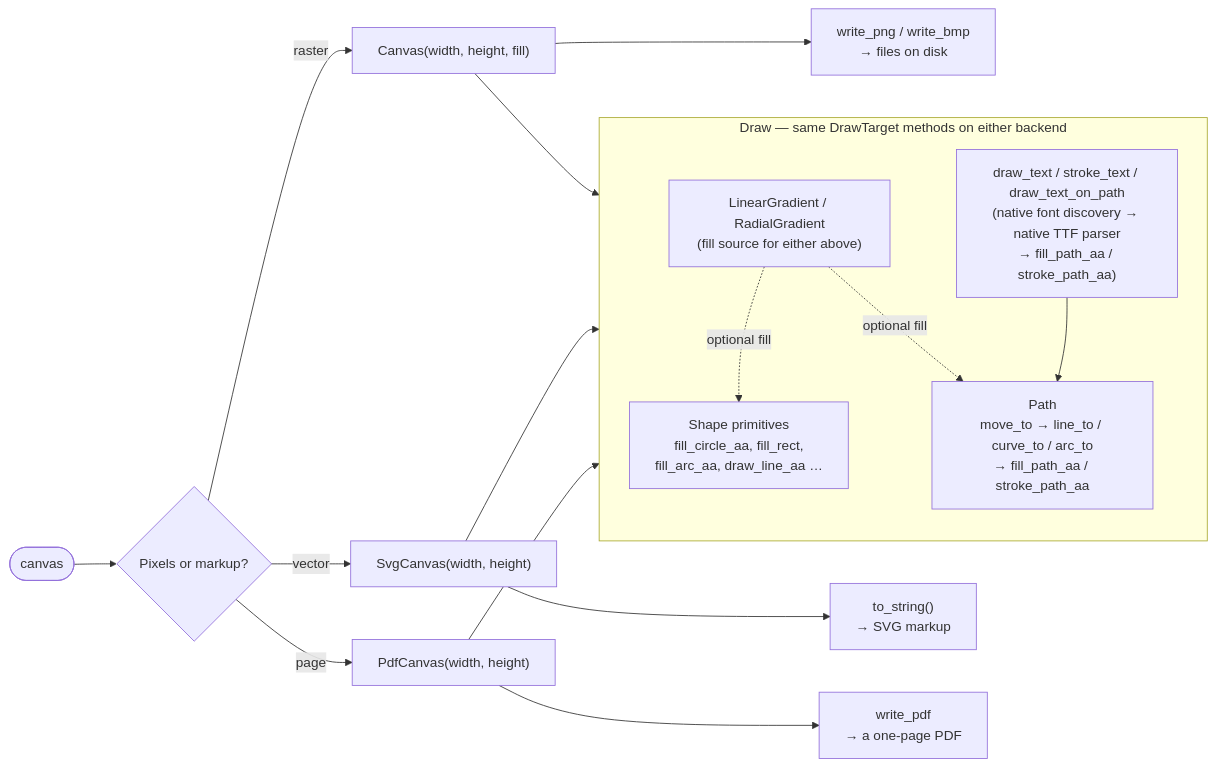
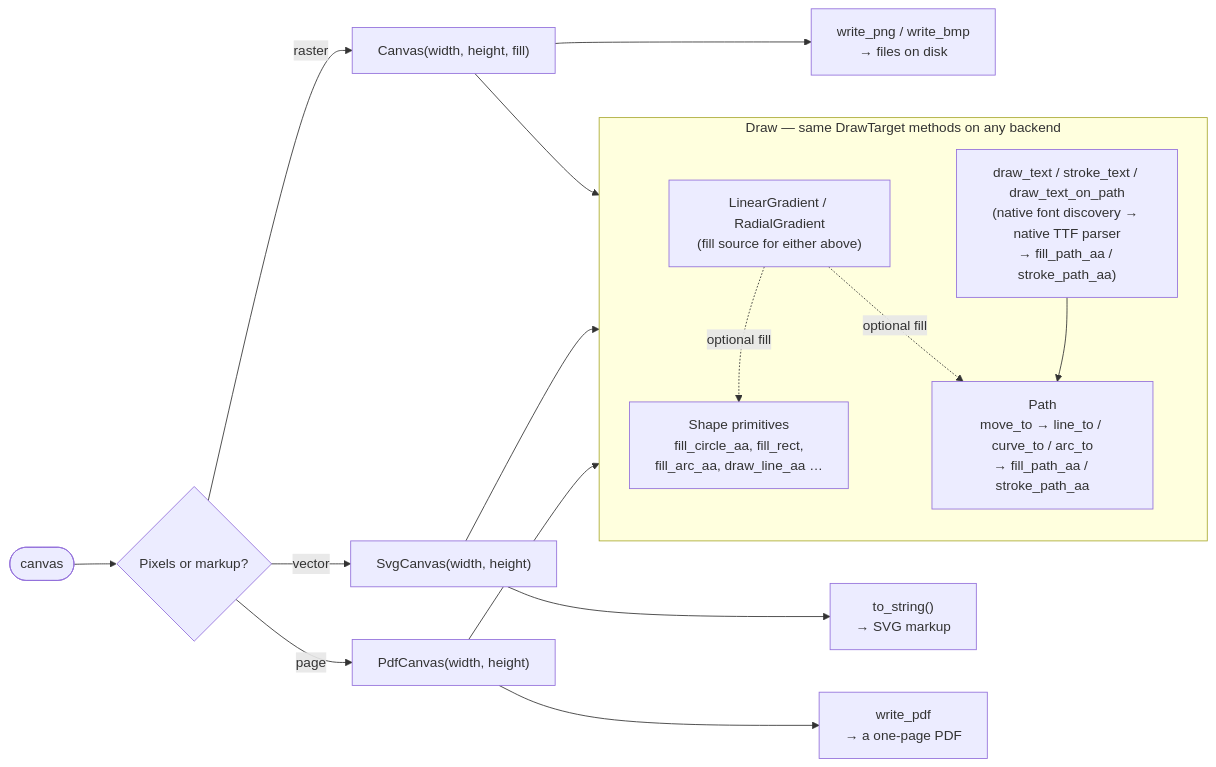
One commit to randyzwitch/canvas_mojo changed the diagram in README.md. Above: the diagram before and after it, drawn with Mermaid. The commit also changed 11 other files, not shown here.

````diff
--- a/README.md
+++ b/README.md
@@ -64,28 +64,28 @@
 ```mermaid
 flowchart LR
     Start(["canvas"]) --> Pick{"Pixels or markup?"}
 
     Pick -->|"raster"| Canvas["Canvas(width, height, fill)"]
     Pick -->|"vector"| Svg["SvgCanvas(width, height)"]
     Pick -->|"page"| Pdf["PdfCanvas(width, height)"]
 
     Canvas --> Draw
     Svg --> Draw
     Pdf --> Draw
 
-    subgraph Draw["Draw — same DrawTarget methods on either backend"]
+    subgraph Draw["Draw — same DrawTarget methods on any backend"]
         direction TB
         Prim["Shape primitives<br/>fill_circle_aa, fill_rect,<br/>fill_arc_aa, draw_line_aa …"]
         PathAPI["Path<br/>move_to → line_to / curve_to / arc_to<br/>→ fill_path_aa / stroke_path_aa"]
         Text["draw_text / stroke_text / draw_text_on_path<br/>(native font discovery → native TTF parser<br/>→ fill_path_aa / stroke_path_aa)"]
         Grad["LinearGradient / RadialGradient<br/>(fill source for either above)"]
 
         Text --> PathAPI
         Grad -.->|"optional fill"| Prim
         Grad -.->|"optional fill"| PathAPI
     end
 
     Canvas --> Png["write_png / write_bmp<br/>→ files on disk"]
     Svg --> Str["to_string()<br/>→ SVG markup"]
     Pdf --> File["write_pdf<br/>→ a one-page PDF"]
 ```
````
